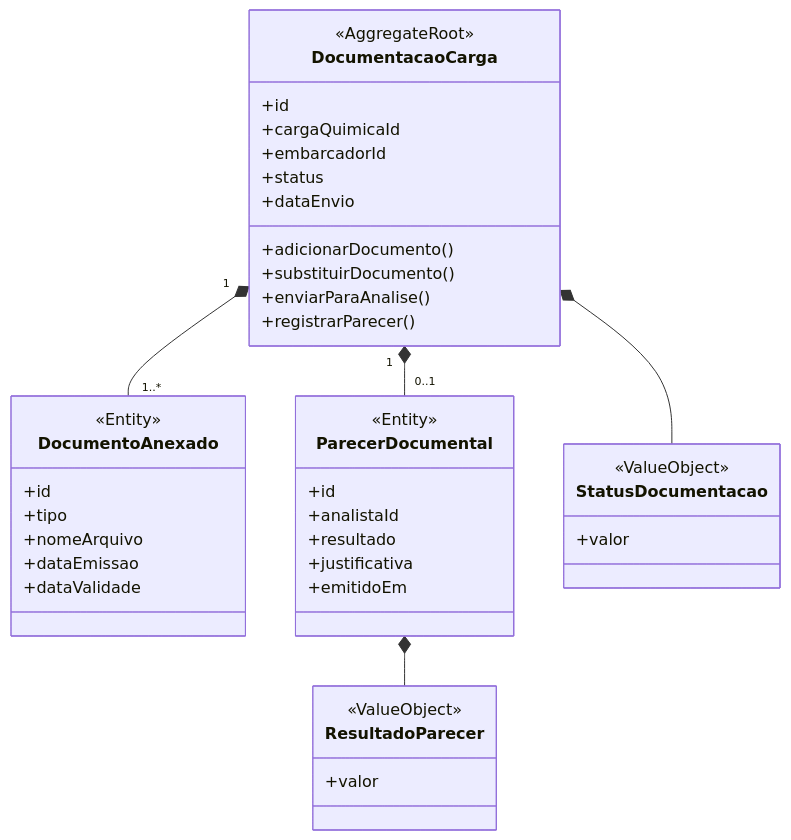
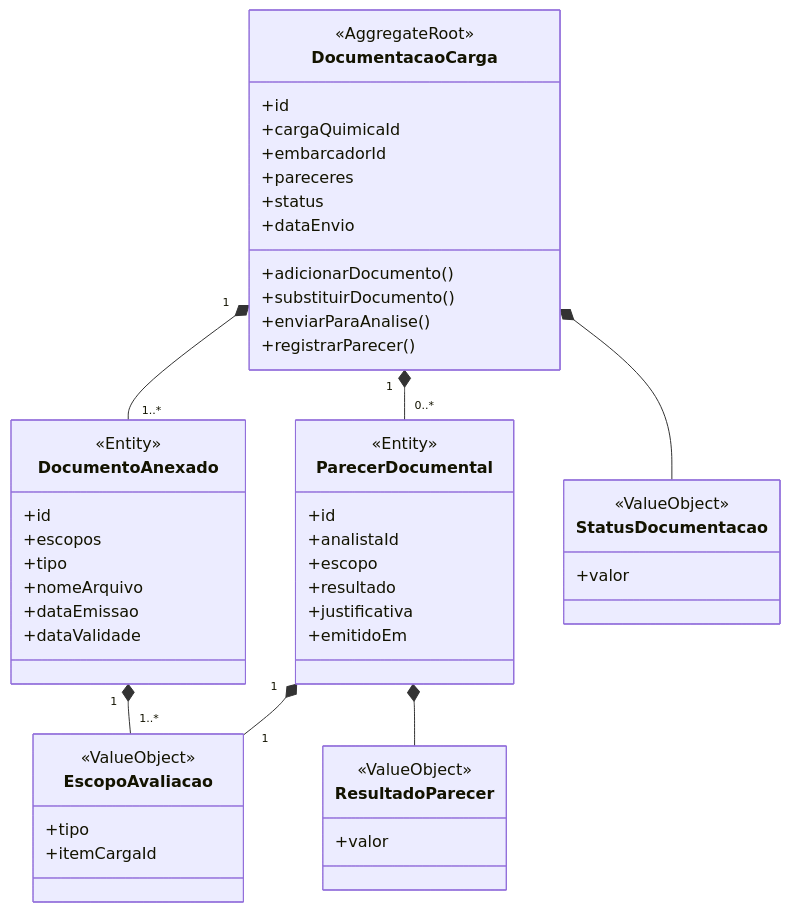
The fourth of 6 diagrams in docs/02-modelagem-com-ddd.md (TechChallengeFiap/Quimovia), drawn with Mermaid before and after one commit. The commit also changed other lines of this file and 3 other files, not shown here.

````diff
--- a/docs/02-modelagem-com-ddd.md
+++ b/docs/02-modelagem-com-ddd.md
@@ -158,48 +180,59 @@
 ```mermaid
 classDiagram
     class DocumentacaoCarga {
         <<AggregateRoot>>
         +id
         +cargaQuimicaId
         +embarcadorId
+        +pareceres
         +status
         +dataEnvio
         +adicionarDocumento()
         +substituirDocumento()
         +enviarParaAnalise()
         +registrarParecer()
     }
 
     class DocumentoAnexado {
         <<Entity>>
         +id
+        +escopos
         +tipo
         +nomeArquivo
         +dataEmissao
         +dataValidade
     }
 
     class ParecerDocumental {
         <<Entity>>
         +id
         +analistaId
+        +escopo
         +resultado
         +justificativa
         +emitidoEm
     }
 
     class StatusDocumentacao {
         <<ValueObject>>
         +valor
     }
 
     class ResultadoParecer {
         <<ValueObject>>
         +valor
     }
 
+    class EscopoAvaliacao {
+        <<ValueObject>>
+        +tipo
+        +itemCargaId
+    }
+
     DocumentacaoCarga "1" *-- "1..*" DocumentoAnexado
-    DocumentacaoCarga "1" *-- "0..1" ParecerDocumental
+    DocumentacaoCarga "1" *-- "0..*" ParecerDocumental
     DocumentacaoCarga *-- StatusDocumentacao
     ParecerDocumental *-- ResultadoParecer
+    DocumentoAnexado "1" *-- "1..*" EscopoAvaliacao
+    ParecerDocumental "1" *-- "1" EscopoAvaliacao
 ```
````
